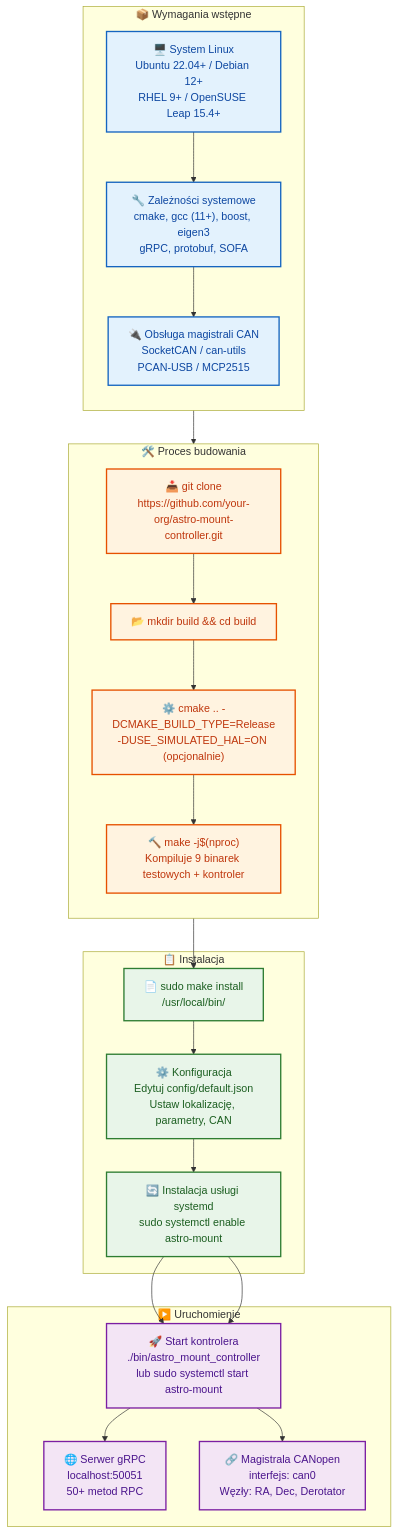
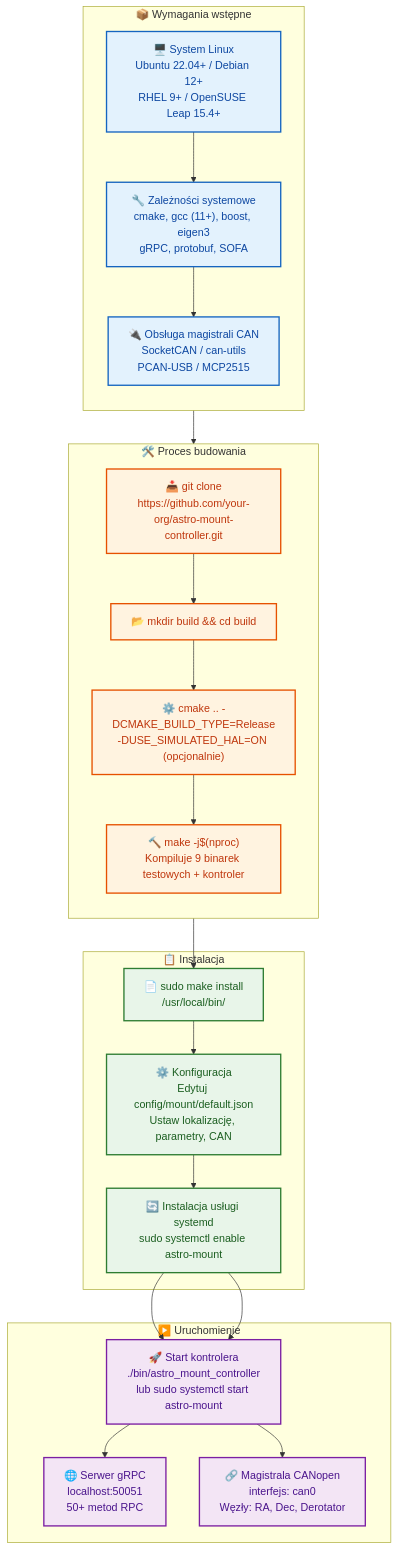
The diagram in docs/pl/installation.md (pielaszkiewicz-jacek/astro_mount_control), drawn with Mermaid before and after one commit. The commit also changed other lines of this file and 37 other files, not shown here.

````diff
--- a/docs/pl/installation.md
+++ b/docs/pl/installation.md
@@ -5,47 +5,47 @@
 ```mermaid
 flowchart TD
     %% Style
     classDef prereq fill:#e3f2fd,stroke:#1565c0,stroke-width:2px,color:#0d47a1
     classDef build fill:#fff3e0,stroke:#e65100,stroke-width:2px,color:#bf360c
     classDef install fill:#e8f5e9,stroke:#2e7d32,stroke-width:2px,color:#1b5e20
     classDef run fill:#f3e5f5,stroke:#7b1fa2,stroke-width:2px,color:#4a148c
 
     subgraph PREREQ["📦 Wymagania wstępne"]
         direction TB
         OS["🖥️ System Linux<br/>Ubuntu 22.04+ / Debian 12+<br/>RHEL 9+ / OpenSUSE Leap 15.4+"]:::prereq
         DEPS["🔧 Zależności systemowe<br/>cmake, gcc (11+), boost, eigen3<br/>gRPC, protobuf, SOFA"]:::prereq
         CAN["🔌 Obsługa magistrali CAN<br/>SocketCAN / can-utils<br/>PCAN-USB / MCP2515"]:::prereq
     end
 
     subgraph BUILD["🛠️ Proces budowania"]
         direction TB
         CLONE["📥 git clone<br/>https://github.com/your-org/astro-mount-controller.git"]:::build
         MKDIR["📂 mkdir build && cd build"]:::build
         CMAKE["⚙️ cmake .. -DCMAKE_BUILD_TYPE=Release<br/>-DUSE_SIMULATED_HAL=ON (opcjonalnie)"]:::build
         MAKE["🔨 make -j$(nproc)<br/>Kompiluje 9 binarek testowych + kontroler"]:::build
     end
 
     subgraph INST["📋 Instalacja"]
         INSTALL["📄 sudo make install<br/>/usr/local/bin/"]:::install
-        CONF["⚙️ Konfiguracja<br/>Edytuj config/default.json<br/>Ustaw lokalizację, parametry, CAN"]:::install
+        CONF["⚙️ Konfiguracja<br/>Edytuj config/mount/default.json<br/>Ustaw lokalizację, parametry, CAN"]:::install
         SERVICE["🔄 Instalacja usługi systemd<br/>sudo systemctl enable astro-mount"]:::install
     end
 
     subgraph RUN["▶️ Uruchomienie"]
         START["🚀 Start kontrolera<br/>./bin/astro_mount_controller<br/>lub sudo systemctl start astro-mount"]:::run
         GRPC["🌐 Serwer gRPC<br/>localhost:50051<br/>50+ metod RPC"]:::run
         CANOPEN["🔗 Magistrala CANopen<br/>interfejs: can0<br/>Węzły: RA, Dec, Derotator"]:::run
     end
 
     OS --> DEPS --> CAN
     CAN --> CLONE
     CLONE --> MKDIR --> CMAKE --> MAKE
     MAKE --> INSTALL --> CONF --> SERVICE
     SERVICE --> START --> GRPC
     SERVICE --> START --> CANOPEN
 
     class OS,DEPS,CAN prereq
     class CLONE,MKDIR,CMAKE,MAKE build
     class INSTALL,CONF,SERVICE install
     class START,GRPC,CANOPEN run
 ```
````
